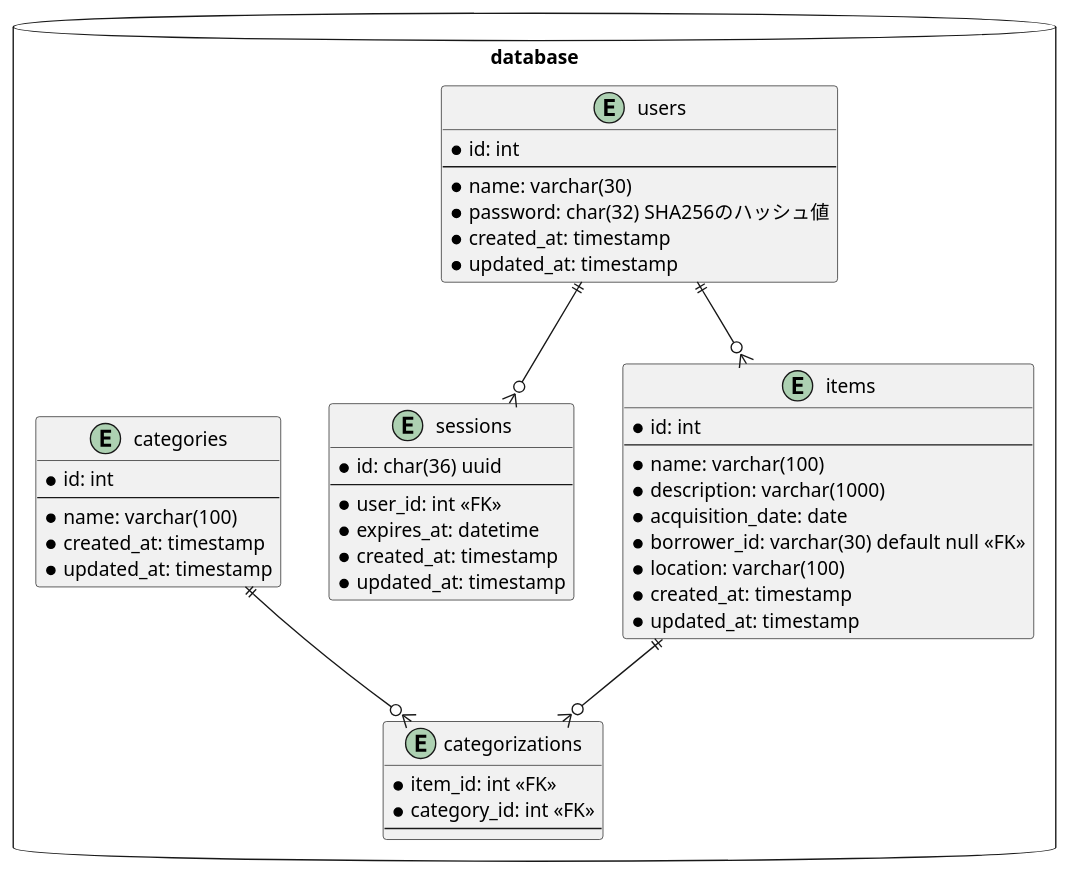
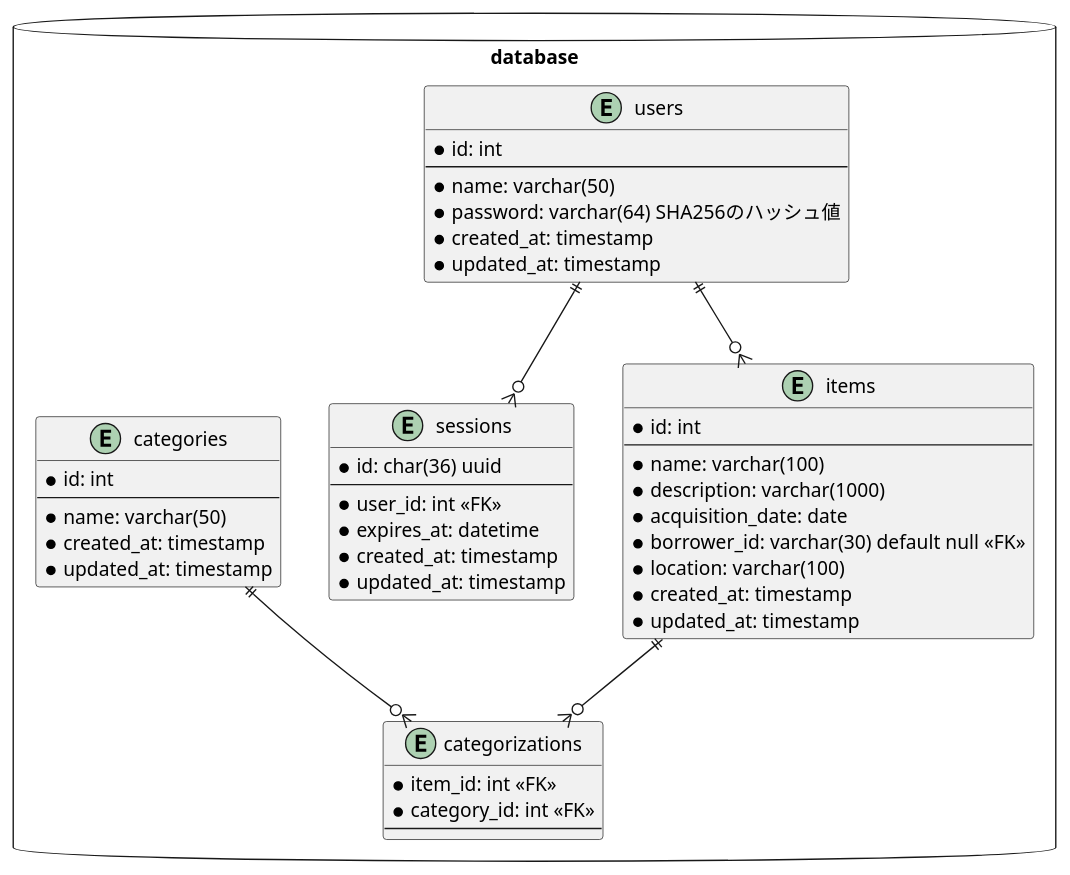
One commit to kyosu-1/gms changed the diagram in docs/erd/erd.puml. Above: the diagram before and after it, drawn with PlantUML. The commit also changed 1 other file, not shown here.

```diff
--- a/docs/erd/erd.puml
+++ b/docs/erd/erd.puml
@@ -1,55 +1,55 @@
 @startuml タスク管理アプリ
 
 package database <<Database>> {
     entity "users" as users {
         * id: int
         --
-        * name: varchar(30)
-        * password: char(32) SHA256のハッシュ値
+        * name: varchar(50)
+        * password: varchar(64) SHA256のハッシュ値
         * created_at: timestamp
         * updated_at: timestamp
     }
 
     entity "sessions" as sessions{
         * id: char(36) uuid
         --
         * user_id: int <<FK>>
         * expires_at: datetime
         * created_at: timestamp
         * updated_at: timestamp
     }
 
     entity "categories" as categories {
         * id: int
         --
-        * name: varchar(100)
+        * name: varchar(50)
         * created_at: timestamp
         * updated_at: timestamp
     }
     
     entity "items" as items {
         * id: int
         --
         * name: varchar(100)
         * description: varchar(1000)
         * acquisition_date: date
         * borrower_id: varchar(30) default null <<FK>>
         * location: varchar(100)
         * created_at: timestamp
         * updated_at: timestamp
     }
 
     entity "categorizations" as categorizations {
         * item_id: int <<FK>>
         * category_id: int <<FK>>
         --
     }
 }
 
 ' relationships
 users ||--o{ sessions
 categories ||--o{ categorizations
 items ||--o{ categorizations
 users ||--o{ items
 
 @enduml
```
